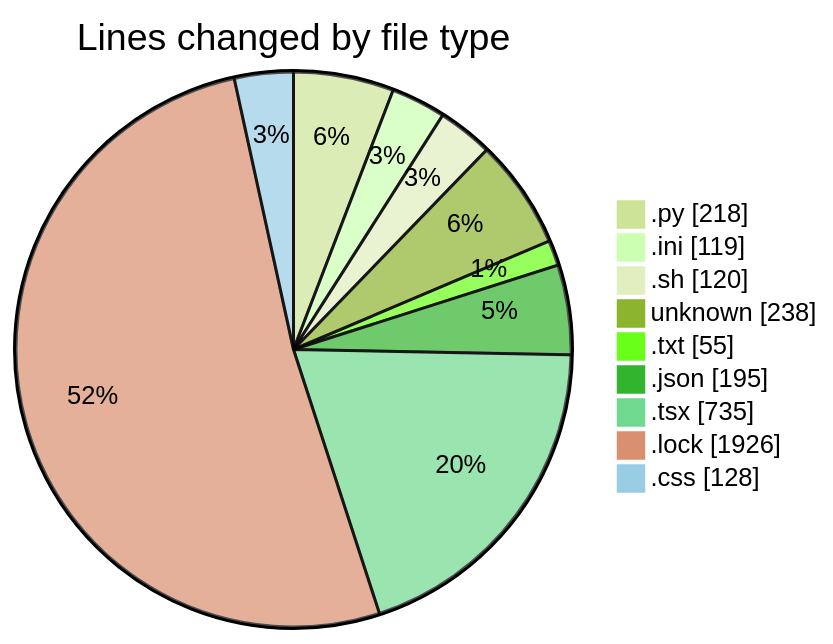
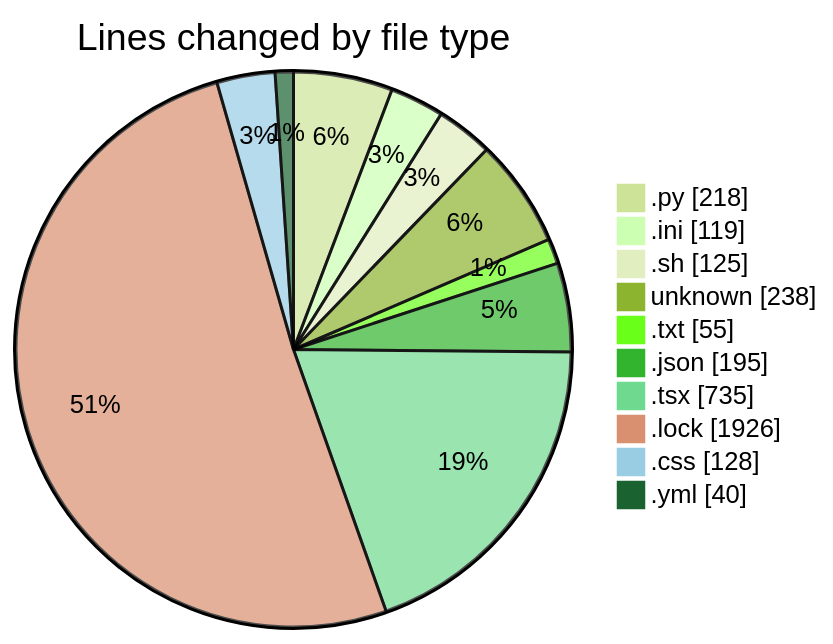
One commit to Elitesun/code-tracking changed the first of 2 diagrams in 2025-05-12/niten/README.md. Above: the diagram before and after it, drawn with Mermaid (forest theme). The commit also changed other lines of this file and 1 other file, not shown here.

````diff
--- a/2025-05-12/niten/README.md
+++ b/2025-05-12/niten/README.md
@@ -34,13 +35,14 @@
 ```mermaid
 pie showData
 title Lines changed by file type
 ".py" : 218
 ".ini" : 119
-".sh" : 120
+".sh" : 125
 "unknown" : 238
 ".txt" : 55
 ".json" : 195
 ".tsx" : 735
 ".lock" : 1926
 ".css" : 128
+".yml" : 40
 ```
````
